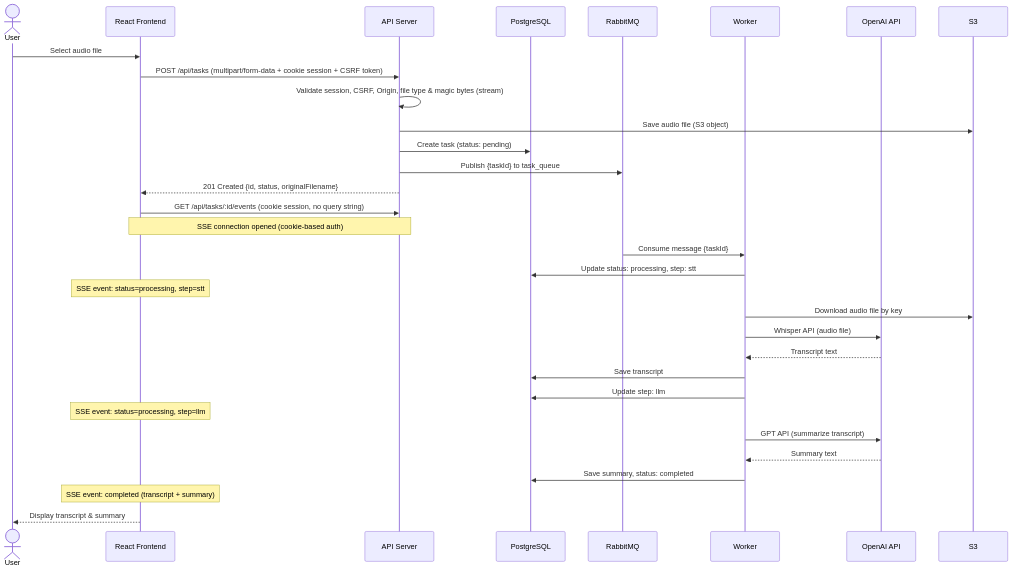
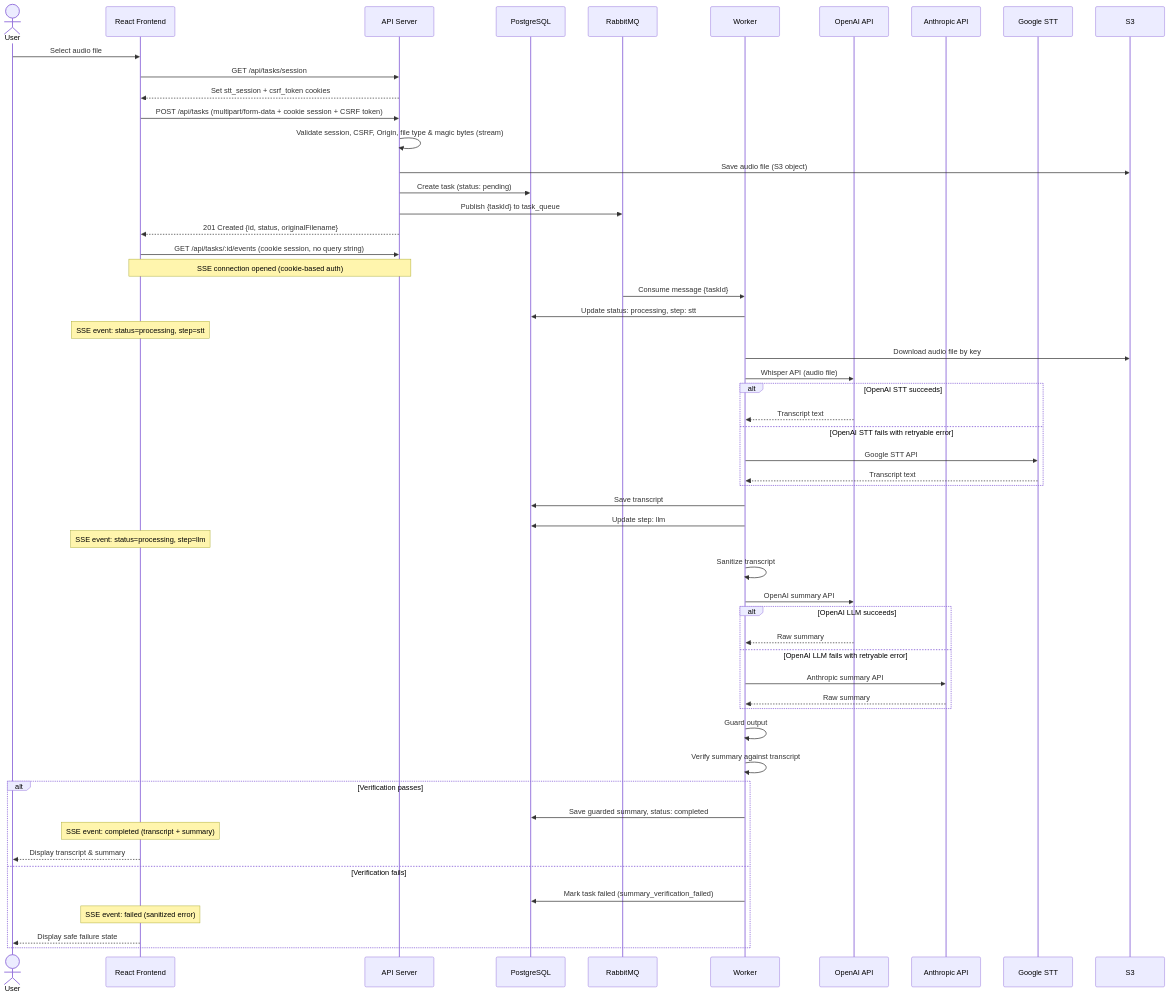
One commit to m24927605/stt-summary-server changed the second of 3 diagrams in docs/architecture.md. Above: the diagram before and after it, drawn with Mermaid. The commit also changed other lines of this file and 1 other file, not shown here.

Commit message:
docs: sync architecture and api docs

````diff
--- a/docs/architecture.md
+++ b/docs/architecture.md
@@ -53,38 +54,60 @@
 ```mermaid
 sequenceDiagram
     actor User
     participant FE as React Frontend
     participant API as API Server
     participant DB as PostgreSQL
     participant MQ as RabbitMQ
     participant W as Worker
     participant OAI as OpenAI API
+    participant ANT as Anthropic API
+    participant GCP as Google STT
 
     User->>FE: Select audio file
+    FE->>API: GET /api/tasks/session
+    API-->>FE: Set stt_session + csrf_token cookies
     FE->>API: POST /api/tasks (multipart/form-data + cookie session + CSRF token)
     API->>API: Validate session, CSRF, Origin, file type & magic bytes (stream)
     API->>S3: Save audio file (S3 object)
     API->>DB: Create task (status: pending)
     API->>MQ: Publish {taskId} to task_queue
     API-->>FE: 201 Created {id, status, originalFilename}
 
     FE->>API: GET /api/tasks/:id/events (cookie session, no query string)
     Note over FE,API: SSE connection opened (cookie-based auth)
 
     MQ->>W: Consume message {taskId}
     W->>DB: Update status: processing, step: stt
     Note over FE: SSE event: status=processing, step=stt
     W->>S3: Download audio file by key
     W->>OAI: Whisper API (audio file)
-    OAI-->>W: Transcript text
+    alt OpenAI STT succeeds
+        OAI-->>W: Transcript text
+    else OpenAI STT fails with retryable error
+        W->>GCP: Google STT API
+        GCP-->>W: Transcript text
+    end
     W->>DB: Save transcript
 
     W->>DB: Update step: llm
     Note over FE: SSE event: status=processing, step=llm
-    W->>OAI: GPT API (summarize transcript)
-    OAI-->>W: Summary text
-    W->>DB: Save summary, status: completed
-
-    Note over FE: SSE event: completed (transcript + summary)
-    FE-->>User: Display transcript & summary
+    W->>W: Sanitize transcript
+    W->>OAI: OpenAI summary API
+    alt OpenAI LLM succeeds
+        OAI-->>W: Raw summary
+    else OpenAI LLM fails with retryable error
+        W->>ANT: Anthropic summary API
+        ANT-->>W: Raw summary
+    end
+    W->>W: Guard output
+    W->>W: Verify summary against transcript
+    alt Verification passes
+        W->>DB: Save guarded summary, status: completed
+        Note over FE: SSE event: completed (transcript + summary)
+        FE-->>User: Display transcript & summary
+    else Verification fails
+        W->>DB: Mark task failed (summary_verification_failed)
+        Note over FE: SSE event: failed (sanitized error)
+        FE-->>User: Display safe failure state
+    end
 ```
````
